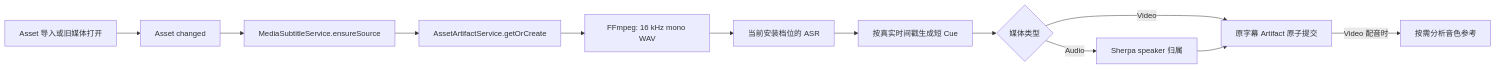
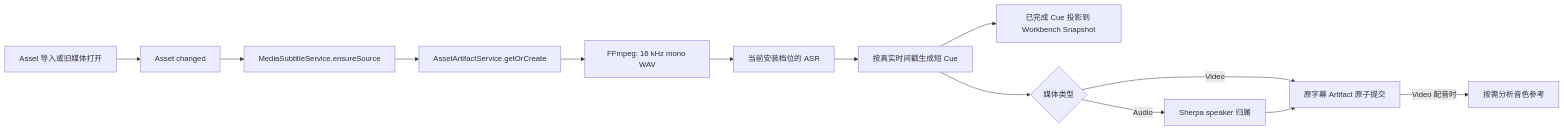
One commit to wu-tian807/learning-companion changed the first of 2 diagrams in docs/superpowers/specs/2026-08-16-video-subtitle-translation-design.md. Above: the diagram before and after it, drawn with Mermaid. The commit also changed other lines of this file and 20 other files, not shown here.

````diff
--- a/docs/superpowers/specs/2026-08-16-video-subtitle-translation-design.md
+++ b/docs/superpowers/specs/2026-08-16-video-subtitle-translation-design.md
@@ -178,14 +179,15 @@
 ```mermaid
 flowchart LR
     IMPORT["Asset 导入或旧媒体打开"] --> EVENT["Asset changed"]
     EVENT --> SERVICE["MediaSubtitleService.ensureSource"]
     SERVICE --> CACHE["AssetArtifactService.getOrCreate"]
     CACHE --> NORMALIZE["FFmpeg: 16 kHz mono WAV"]
     NORMALIZE --> ASR["当前安装档位的 ASR"]
     ASR --> SEGMENT["按真实时间戳生成短 Cue"]
+    SEGMENT --> PROGRESS["已完成 Cue 投影到 Workbench Snapshot"]
     SEGMENT --> KIND{"媒体类型"}
     KIND -->|Video| ARTIFACT["原字幕 Artifact 原子提交"]
     KIND -->|Audio| SPEAKER["Sherpa speaker 归属"]
     SPEAKER --> ARTIFACT
     ARTIFACT -->|Video 配音时| DUBBING_SPEAKER["按需分析音色参考"]
 ```
````
